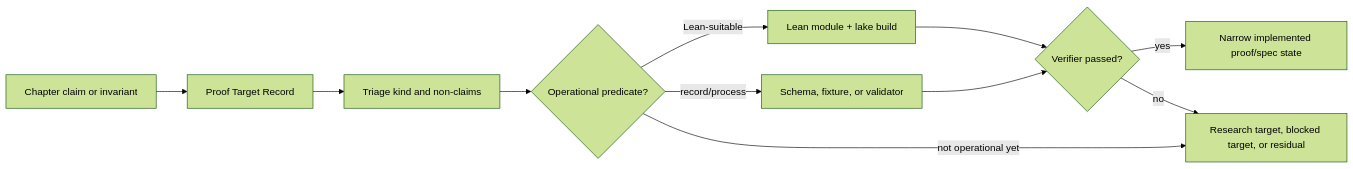
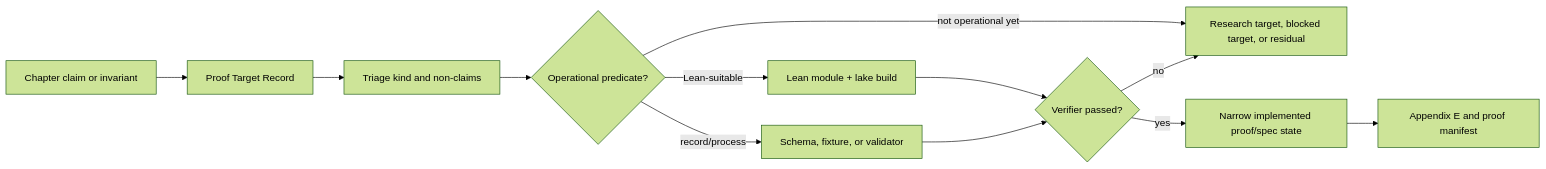
The diagram in chapters/executable-specifications-and-lean-proof-envelope.qmd (corbensorenson/asi-stack-book), drawn with Mermaid (forest theme) before and after one commit. The commit also changed 20 other files, not shown here.

Commit message:
Raise diagram substance floor

````diff
--- a/chapters/executable-specifications-and-lean-proof-envelope.qmd
+++ b/chapters/executable-specifications-and-lean-proof-envelope.qmd
@@ -104,13 +104,14 @@
 ```{mermaid}
 flowchart LR
   A["Chapter claim or invariant"] --> B["Proof Target Record"]
   B --> C["Triage kind and non-claims"]
   C --> D{"Operational predicate?"}
   D -- "Lean-suitable" --> E["Lean module + lake build"]
   D -- "record/process" --> F["Schema, fixture, or validator"]
   D -- "not operational yet" --> G["Research target, blocked target, or residual"]
   E --> H{"Verifier passed?"}
   F --> H
   H -- "yes" --> I["Narrow implemented proof/spec state"]
   H -- "no" --> G
+  I --> J["Appendix E and proof manifest"]
 ```
````
